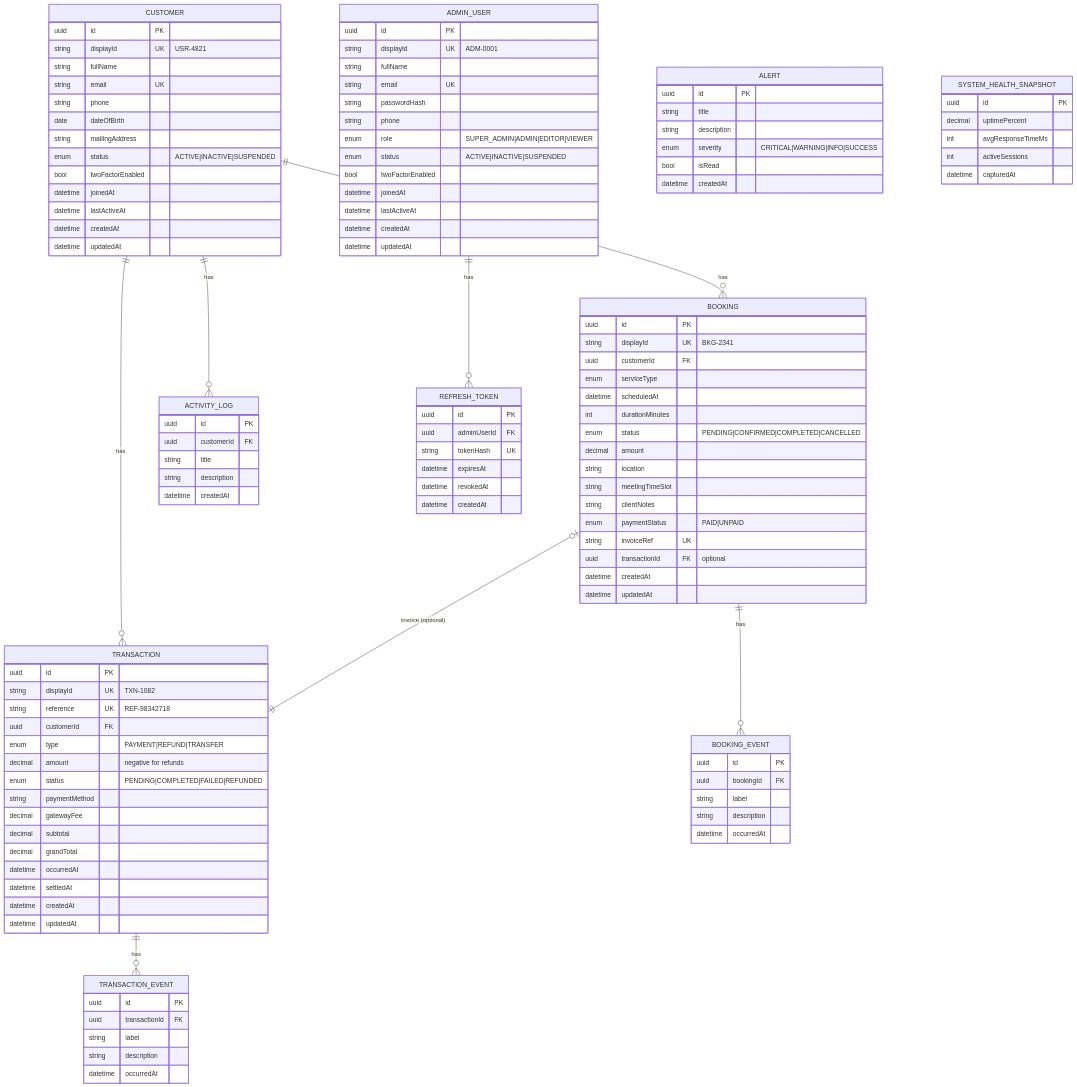
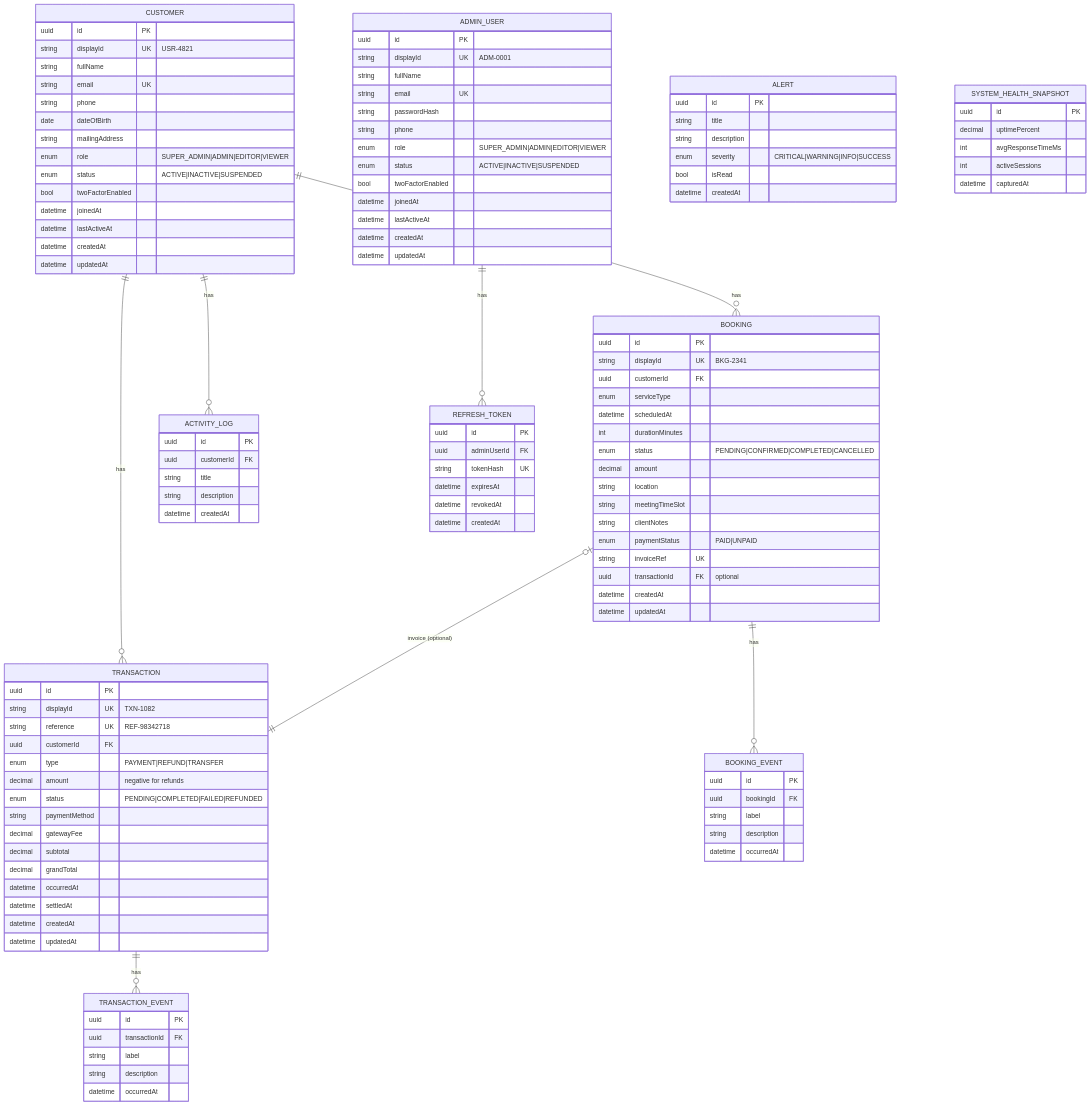
Before and after one commit to mnmsagar/admin_miles_assist: the diagram in docs/ER_DIAGRAM.md, drawn with Mermaid. The commit also changed other lines of this file and 9 other files, not shown here.

```diff
--- a/docs/ER_DIAGRAM.md
+++ b/docs/ER_DIAGRAM.md
@@ -39,6 +39,7 @@
         string phone
         date dateOfBirth
         string mailingAddress
+        enum role "SUPER_ADMIN|ADMIN|EDITOR|VIEWER"
         enum status "ACTIVE|INACTIVE|SUSPENDED"
         bool twoFactorEnabled
         datetime joinedAt
```
